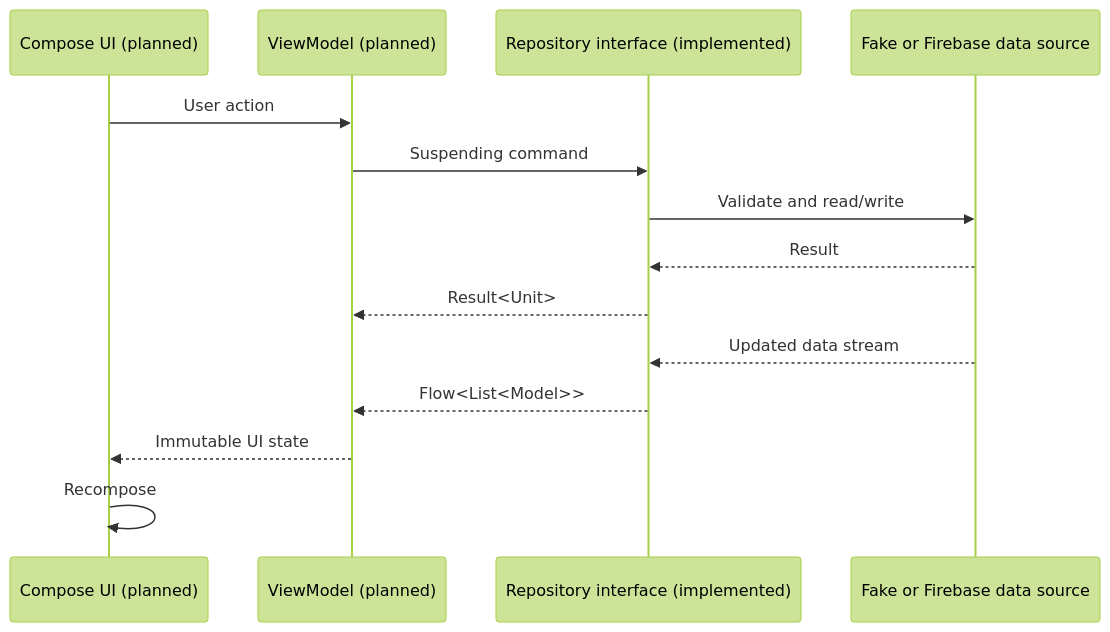
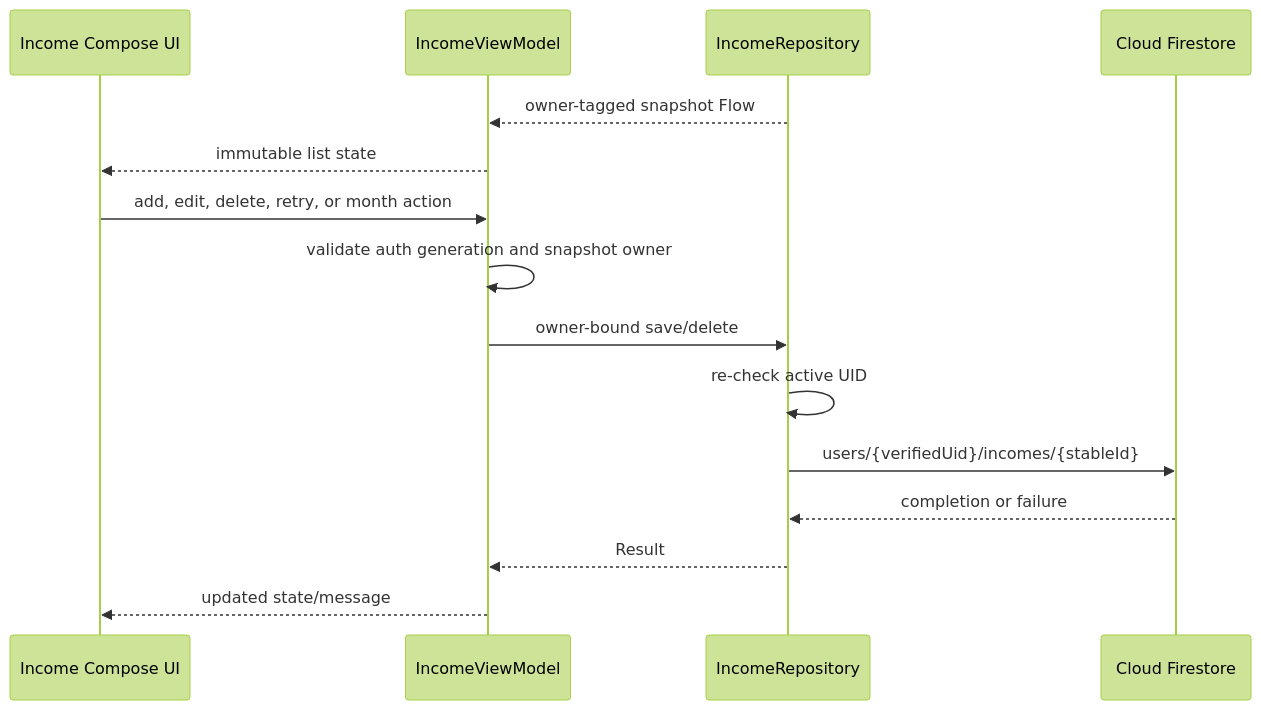
One commit to MalinduGurunada/kotlin-project changed the second of 3 diagrams in docs/architecture.md. Above: the diagram before and after it, drawn with Mermaid (forest theme). The commit also changed other lines of this file and 3 other files, not shown here.

````diff
--- a/docs/architecture.md
+++ b/docs/architecture.md
@@ -44,17 +46,18 @@
 ```mermaid
 sequenceDiagram
-    participant UI as Compose UI (planned)
-    participant VM as ViewModel (planned)
-    participant Repo as Repository interface (implemented)
-    participant DS as Fake or Firebase data source
+    participant UI as Income Compose UI
+    participant VM as IncomeViewModel
+    participant Repo as IncomeRepository
+    participant FS as Cloud Firestore
 
-    UI->>VM: User action
-    VM->>Repo: Suspending command
-    Repo->>DS: Validate and read/write
-    DS-->>Repo: Result
-    Repo-->>VM: Result<Unit>
-    DS-->>Repo: Updated data stream
-    Repo-->>VM: Flow<List<Model>>
-    VM-->>UI: Immutable UI state
-    UI->>UI: Recompose
+    Repo-->>VM: owner-tagged snapshot Flow
+    VM-->>UI: immutable list state
+    UI->>VM: add, edit, delete, retry, or month action
+    VM->>VM: validate auth generation and snapshot owner
+    VM->>Repo: owner-bound save/delete
+    Repo->>Repo: re-check active UID
+    Repo->>FS: users/{verifiedUid}/incomes/{stableId}
+    FS-->>Repo: completion or failure
+    Repo-->>VM: Result
+    VM-->>UI: updated state/message
 ```
````
